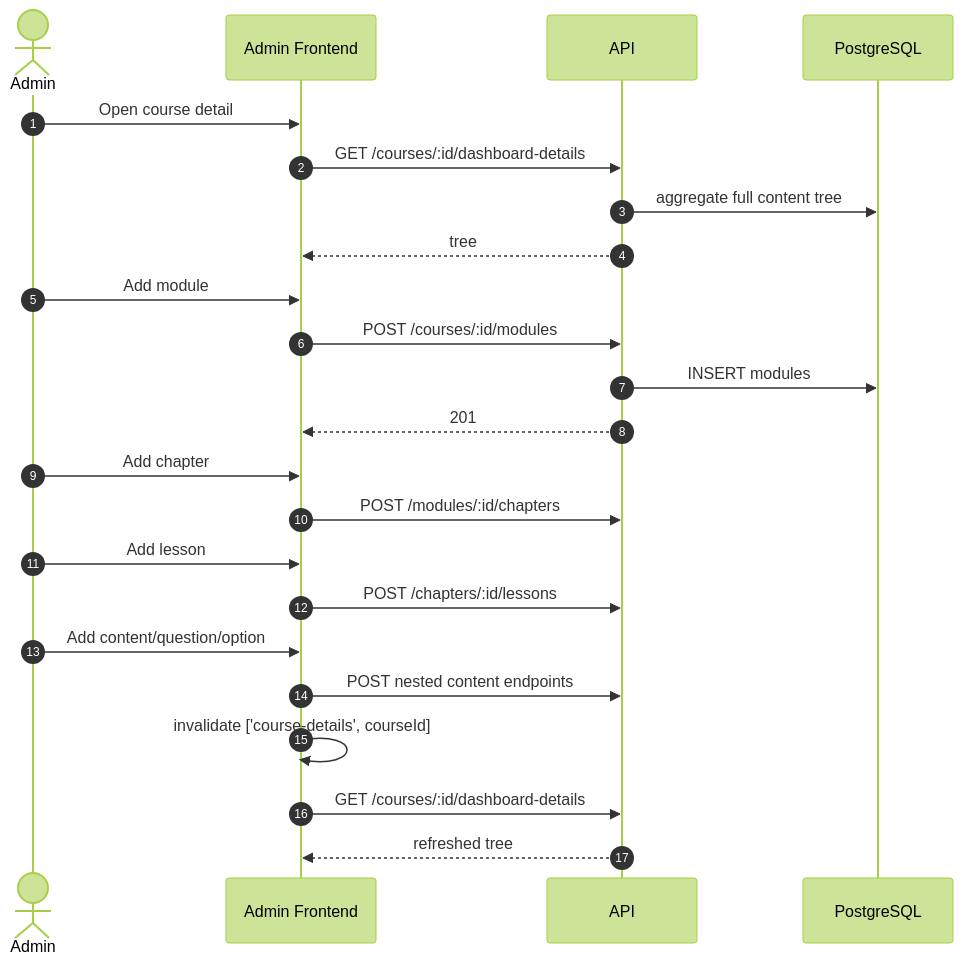
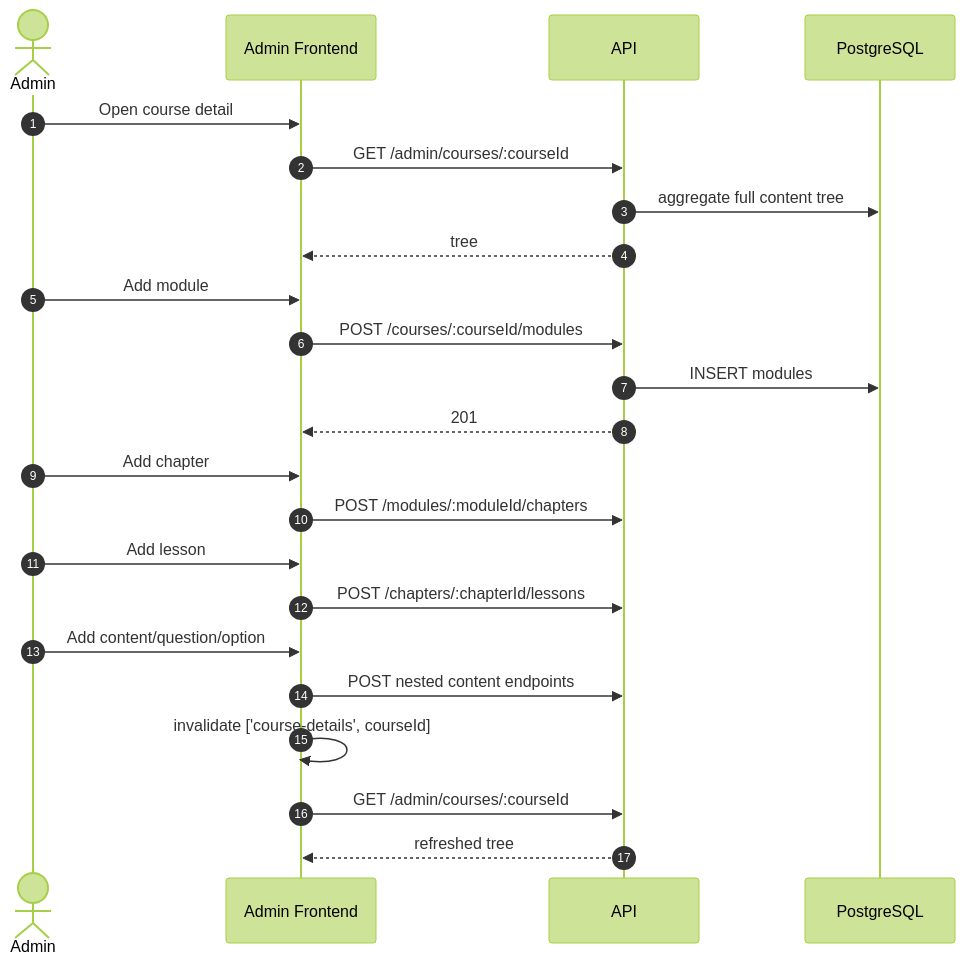
One commit to Rafy-Tho/LearnSphere changed the tenth of 12 diagrams in docs/diagrams/sequence-diagrams.md. Above: the diagram before and after it, drawn with Mermaid (forest theme). The commit also changed other lines of this file and 65 other files, not shown here.

````diff
--- a/docs/diagrams/sequence-diagrams.md
+++ b/docs/diagrams/sequence-diagrams.md
@@ -234,26 +235,26 @@
 ```mermaid
 sequenceDiagram
   autonumber
   actor AD as Admin
   participant AF as Admin Frontend
   participant A as API
   participant DB as PostgreSQL
 
   AD->>AF: Open course detail
-  AF->>A: GET /courses/:id/dashboard-details
+  AF->>A: GET /admin/courses/:courseId
   A->>DB: aggregate full content tree
   A-->>AF: tree
   AD->>AF: Add module
-  AF->>A: POST /courses/:id/modules
+  AF->>A: POST /courses/:courseId/modules
   A->>DB: INSERT modules
   A-->>AF: 201
   AD->>AF: Add chapter
-  AF->>A: POST /modules/:id/chapters
+  AF->>A: POST /modules/:moduleId/chapters
   AD->>AF: Add lesson
-  AF->>A: POST /chapters/:id/lessons
+  AF->>A: POST /chapters/:chapterId/lessons
   AD->>AF: Add content/question/option
   AF->>A: POST nested content endpoints
   AF->>AF: invalidate ['course-details', courseId]
-  AF->>A: GET /courses/:id/dashboard-details
+  AF->>A: GET /admin/courses/:courseId
   A-->>AF: refreshed tree
 ```
````
